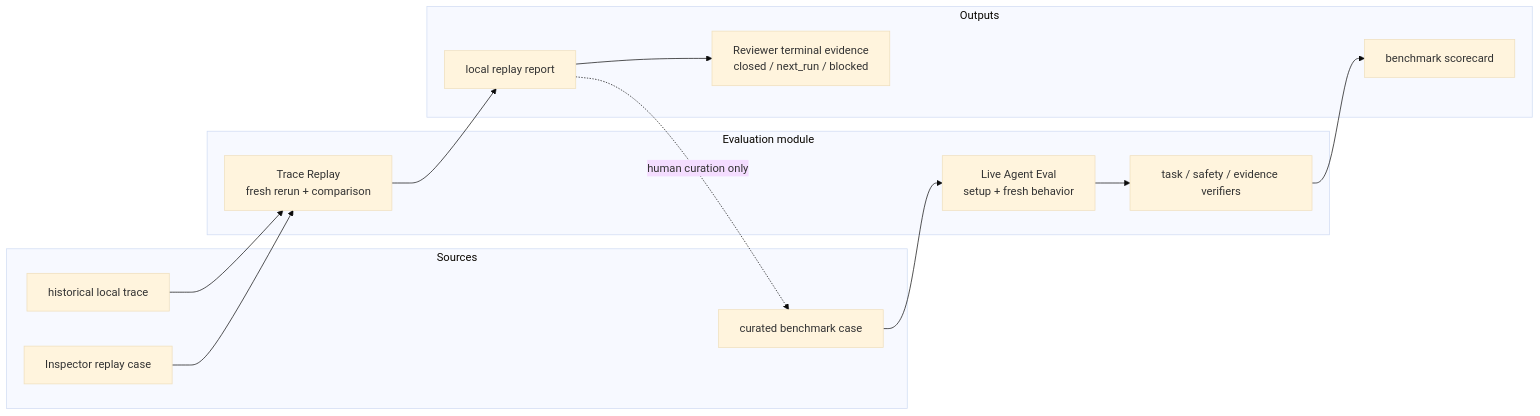
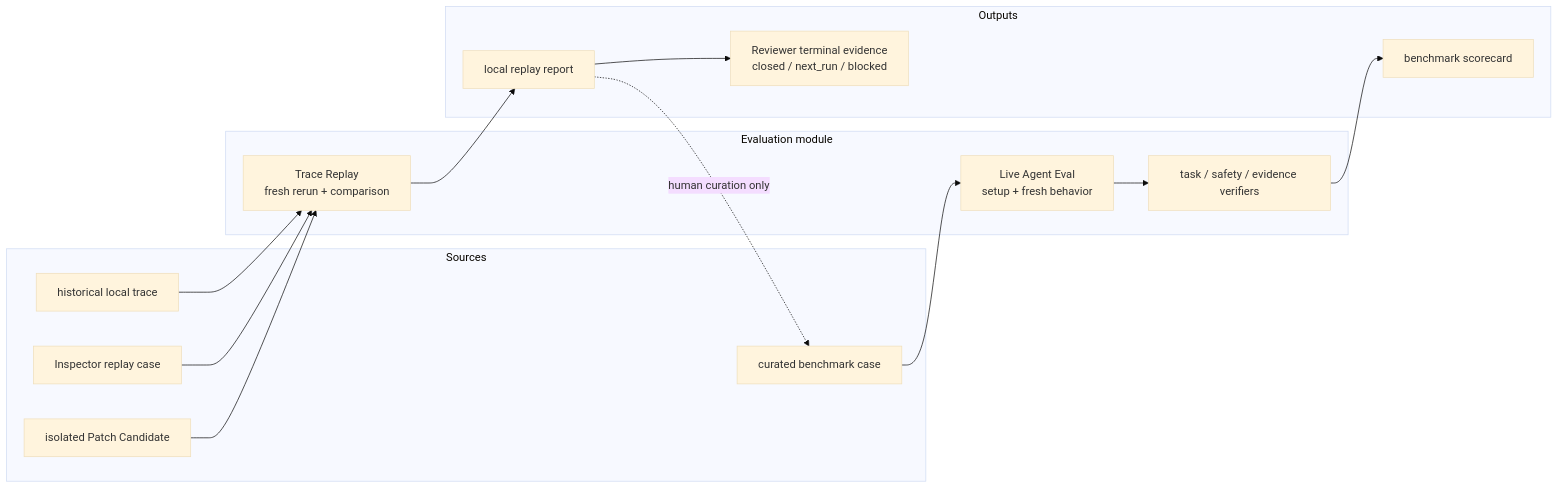
One commit to fightheyyy/XiaoBa-CLI changed the second of 2 diagrams in docs/evaluation/SPEC.md. Above: the diagram before and after it, drawn with Mermaid (base theme). The commit also changed other lines of this file and 24 other files, not shown here.

````diff
--- a/docs/evaluation/SPEC.md
+++ b/docs/evaluation/SPEC.md
@@ -74,29 +59,31 @@
 ```mermaid
 flowchart LR
     subgraph Sources["Sources"]
         Historical["historical local trace"]
         Curated["curated benchmark case"]
         InspectorCase["Inspector replay case"]
+        Patch["isolated Patch Candidate"]
     end
 
     subgraph Evaluation["Evaluation module"]
         Replay["Trace Replay<br/>fresh rerun + comparison"]
         LiveEval["Live Agent Eval<br/>setup + fresh behavior"]
         Verifier["task / safety / evidence verifiers"]
     end
 
     subgraph Outputs["Outputs"]
         ReplayReport["local replay report"]
         Scorecard["benchmark scorecard"]
         ReviewerDecision["Reviewer terminal evidence<br/>closed / next_run / blocked"]
     end
 
     Historical --> Replay
     InspectorCase --> Replay
+    Patch --> Replay
     Replay --> ReplayReport
     ReplayReport --> ReviewerDecision
     ReplayReport -. "human curation only" .-> Curated
     Curated --> LiveEval
     LiveEval --> Verifier
     Verifier --> Scorecard
 ```
````
